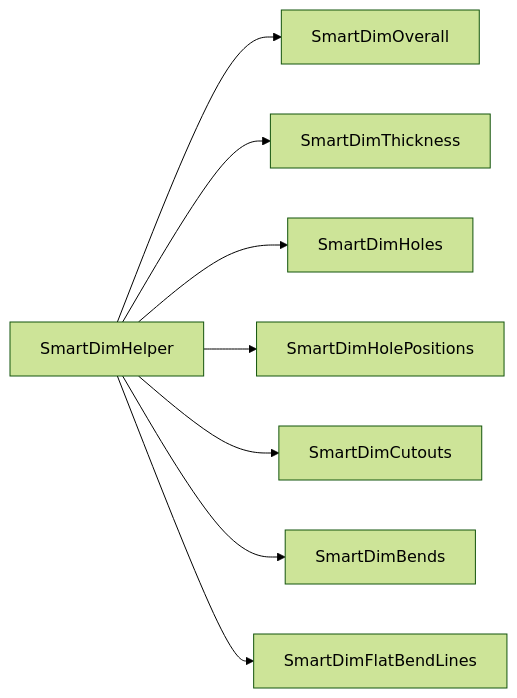
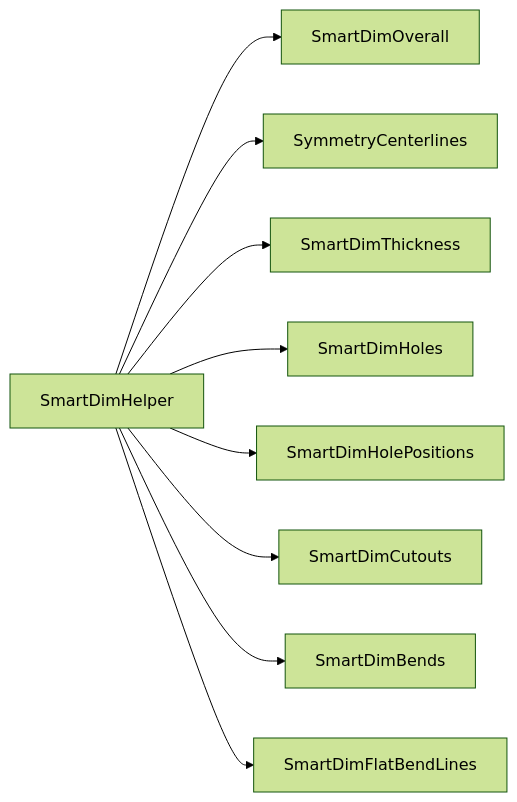
The diagram in Docs/smartdim/overview.md (YurMil/SolidWorksTester), drawn with Mermaid (forest theme) before and after one commit. The commit also changed other lines of this file and 16 other files, not shown here.

````diff
--- a/Docs/smartdim/overview.md
+++ b/Docs/smartdim/overview.md
@@ -11,10 +11,11 @@
 ```mermaid
 flowchart LR
     SH[SmartDimHelper] --> A[SmartDimOverall]
+    SH --> SYM[SymmetryCenterlines]
     SH --> B[SmartDimThickness]
     SH --> C[SmartDimHoles]
     SH --> D[SmartDimHolePositions]
     SH --> E[SmartDimCutouts]
     SH --> F[SmartDimBends]
     SH --> G[SmartDimFlatBendLines]
 ```
````
